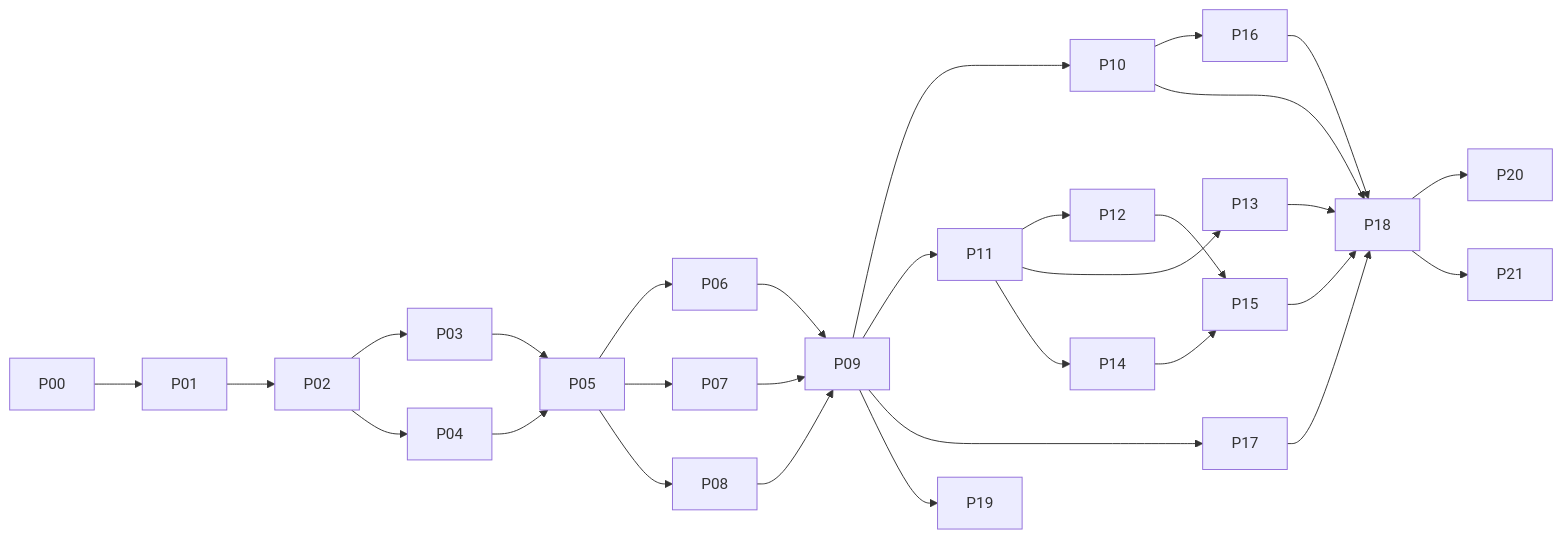
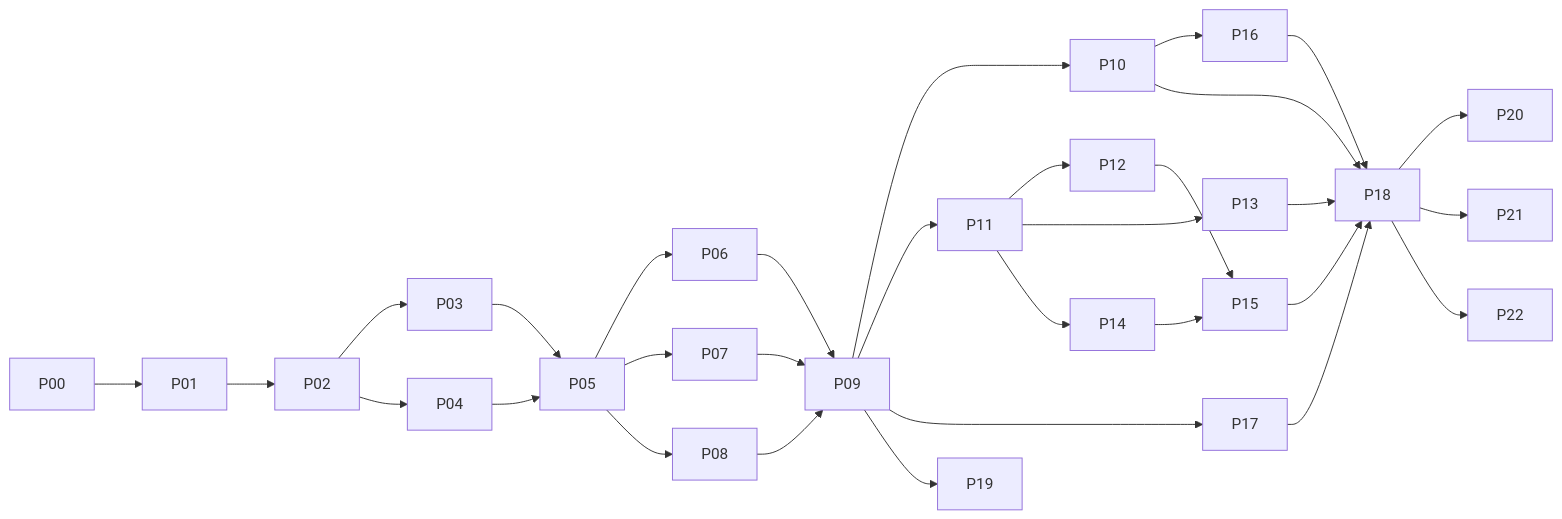
One commit to jstehn/proxy-library changed the diagram in docs/refactor/STATUS.md. Above: the diagram before and after it, drawn with Mermaid. The commit also changed other lines of this file and 5 other files, not shown here.

````diff
--- a/docs/refactor/STATUS.md
+++ b/docs/refactor/STATUS.md
@@ -43,10 +44,10 @@
 ```mermaid
 flowchart LR
   P00 --> P01 --> P02 --> P03 & P04
   P03 & P04 --> P05 --> P06 & P07 & P08 --> P09
   P09 --> P10 & P11 & P17 & P19
   P11 --> P12 & P13 & P14
   P12 & P14 --> P15
   P10 --> P16
-  P10 & P13 & P15 & P16 & P17 --> P18 --> P20 & P21
+  P10 & P13 & P15 & P16 & P17 --> P18 --> P20 & P21 & P22
 ```
````
